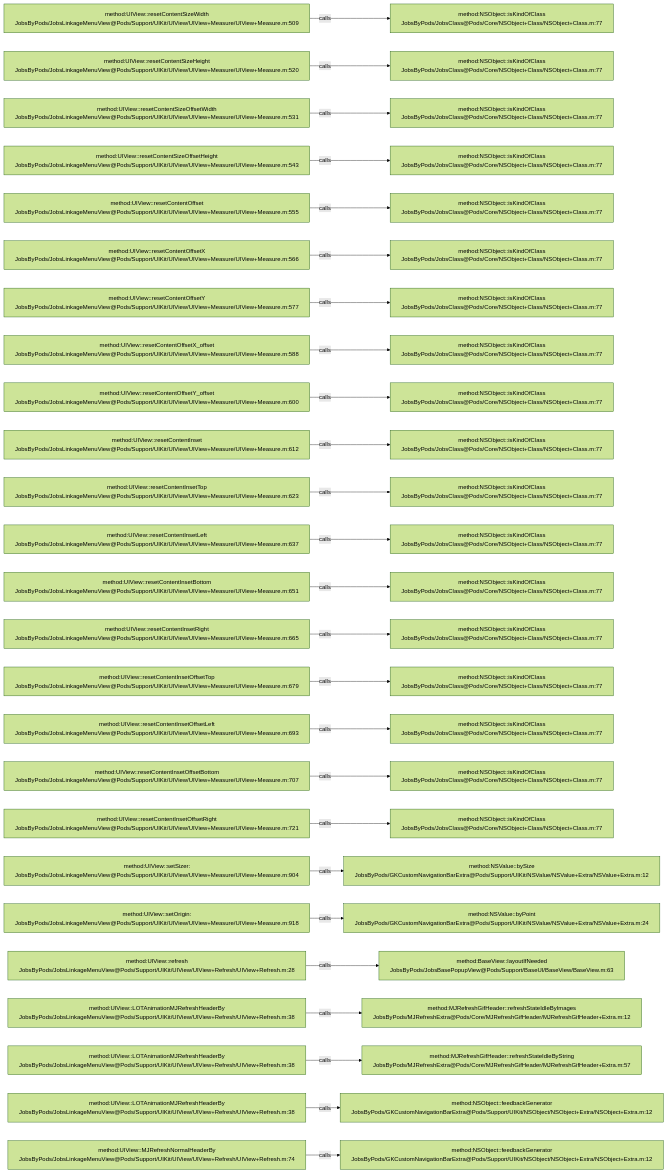
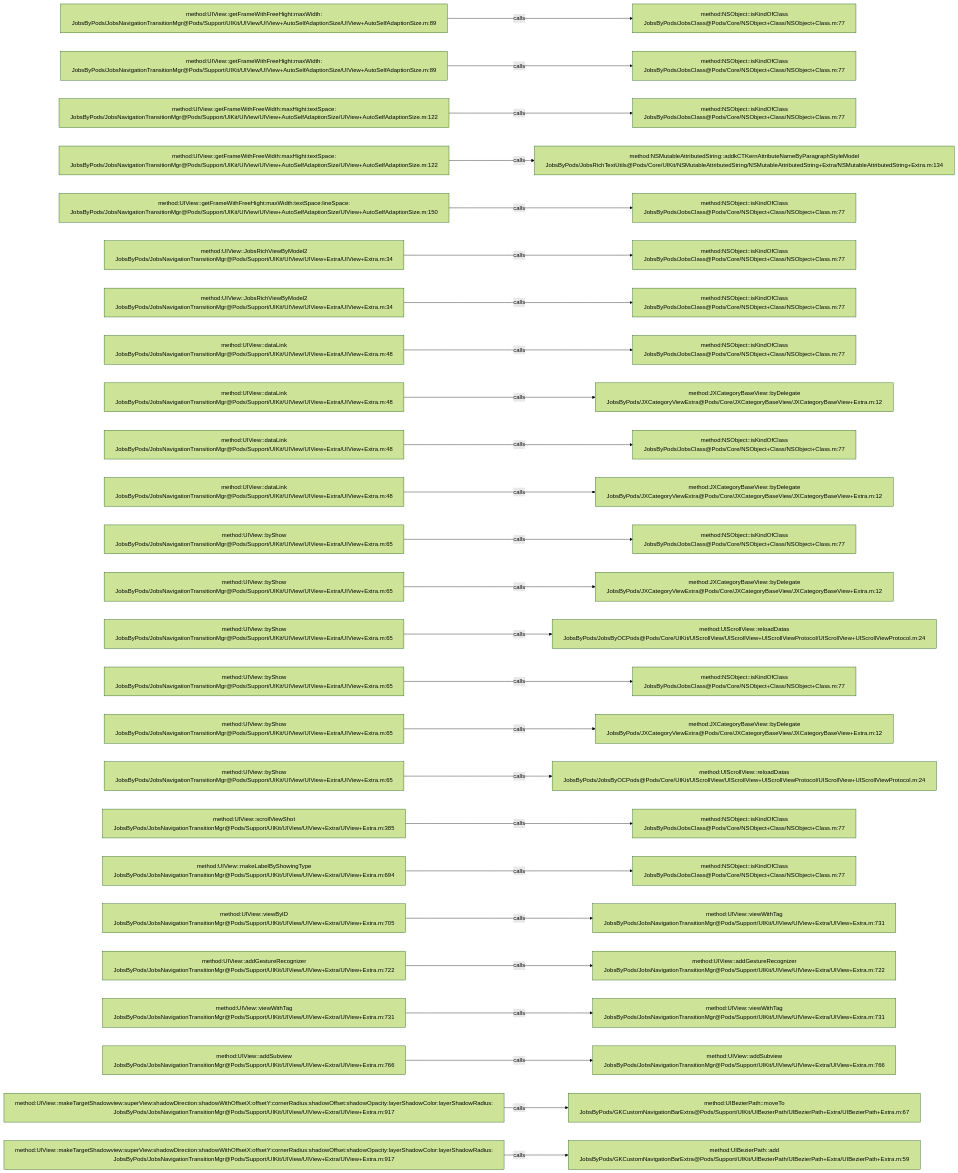
One commit to JobsKits/JobsOCBaseConfigDemo changed the diagram in .codegraph/codegraph.md/graphs/calls-137.md. Above: the diagram before and after it, drawn with Mermaid (forest theme). The commit also changed 1026 other files, not shown here.

````diff
--- a/.codegraph/codegraph.md/graphs/calls-137.md
+++ b/.codegraph/codegraph.md/graphs/calls-137.md
@@ -13,78 +13,78 @@
 ```mermaid
 flowchart LR
-  S1["method:UIView::resetContentSizeWidth<br/>JobsByPods/JobsLinkageMenuView@Pods/Support/UIKit/UIView/UIView+Measure/UIView+Measure.m:509"]
+  S1["method:UIView::getFrameWithFreeHight:maxWidth:<br/>JobsByPods/JobsNavigationTransitionMgr@Pods/Support/UIKit/UIView/UIView+AutoSelfAdaptionSize/UIView+AutoSelfAdaptionSize.m:89"]
   T1["method:NSObject::isKindOfClass<br/>JobsByPods/JobsClass@Pods/Core/NSObject+Class/NSObject+Class.m:77"]
   S1 -->|calls| T1
-  S2["method:UIView::resetContentSizeHeight<br/>JobsByPods/JobsLinkageMenuView@Pods/Support/UIKit/UIView/UIView+Measure/UIView+Measure.m:520"]
+  S2["method:UIView::getFrameWithFreeHight:maxWidth:<br/>JobsByPods/JobsNavigationTransitionMgr@Pods/Support/UIKit/UIView/UIView+AutoSelfAdaptionSize/UIView+AutoSelfAdaptionSize.m:89"]
   T2["method:NSObject::isKindOfClass<br/>JobsByPods/JobsClass@Pods/Core/NSObject+Class/NSObject+Class.m:77"]
   S2 -->|calls| T2
-  S3["method:UIView::resetContentSizeOffsetWidth<br/>JobsByPods/JobsLinkageMenuView@Pods/Support/UIKit/UIView/UIView+Measure/UIView+Measure.m:531"]
+  S3["method:UIView::getFrameWithFreeWidth:maxHight:textSpace:<br/>JobsByPods/JobsNavigationTransitionMgr@Pods/Support/UIKit/UIView/UIView+AutoSelfAdaptionSize/UIView+AutoSelfAdaptionSize.m:122"]
   T3["method:NSObject::isKindOfClass<br/>JobsByPods/JobsClass@Pods/Core/NSObject+Class/NSObject+Class.m:77"]
   S3 -->|calls| T3
-  S4["method:UIView::resetContentSizeOffsetHeight<br/>JobsByPods/JobsLinkageMenuView@Pods/Support/UIKit/UIView/UIView+Measure/UIView+Measure.m:543"]
-  T4["method:NSObject::isKindOfClass<br/>JobsByPods/JobsClass@Pods/Core/NSObject+Class/NSObject+Class.m:77"]
+  S4["method:UIView::getFrameWithFreeWidth:maxHight:textSpace:<br/>JobsByPods/JobsNavigationTransitionMgr@Pods/Support/UIKit/UIView/UIView+AutoSelfAdaptionSize/UIView+AutoSelfAdaptionSize.m:122"]
+  T4["method:NSMutableAttributedString::addkCTKernAttributeNameByParagraphStyleModel<br/>JobsByPods/JobsRichTextUtils@Pods/Core/UIKit/NSMutableAttributedString/NSMutableAttributedString+Extra/NSMutableAttributedString+Extra.m:134"]
   S4 -->|calls| T4
-  S5["method:UIView::resetContentOffset<br/>JobsByPods/JobsLinkageMenuView@Pods/Support/UIKit/UIView/UIView+Measure/UIView+Measure.m:555"]
+  S5["method:UIView::getFrameWithFreeHight:maxWidth:textSpace:lineSpace:<br/>JobsByPods/JobsNavigationTransitionMgr@Pods/Support/UIKit/UIView/UIView+AutoSelfAdaptionSize/UIView+AutoSelfAdaptionSize.m:150"]
   T5["method:NSObject::isKindOfClass<br/>JobsByPods/JobsClass@Pods/Core/NSObject+Class/NSObject+Class.m:77"]
   S5 -->|calls| T5
-  S6["method:UIView::resetContentOffsetX<br/>JobsByPods/JobsLinkageMenuView@Pods/Support/UIKit/UIView/UIView+Measure/UIView+Measure.m:566"]
+  S6["method:UIView::JobsRichViewByModel2<br/>JobsByPods/JobsNavigationTransitionMgr@Pods/Support/UIKit/UIView/UIView+Extra/UIView+Extra.m:34"]
   T6["method:NSObject::isKindOfClass<br/>JobsByPods/JobsClass@Pods/Core/NSObject+Class/NSObject+Class.m:77"]
   S6 -->|calls| T6
-  S7["method:UIView::resetContentOffsetY<br/>JobsByPods/JobsLinkageMenuView@Pods/Support/UIKit/UIView/UIView+Measure/UIView+Measure.m:577"]
+  S7["method:UIView::JobsRichViewByModel2<br/>JobsByPods/JobsNavigationTransitionMgr@Pods/Support/UIKit/UIView/UIView+Extra/UIView+Extra.m:34"]
   T7["method:NSObject::isKindOfClass<br/>JobsByPods/JobsClass@Pods/Core/NSObject+Class/NSObject+Class.m:77"]
   S7 -->|calls| T7
-  S8["method:UIView::resetContentOffsetX_offset<br/>JobsByPods/JobsLinkageMenuView@Pods/Support/UIKit/UIView/UIView+Measure/UIView+Measure.m:588"]
+  S8["method:UIView::dataLink<br/>JobsByPods/JobsNavigationTransitionMgr@Pods/Support/UIKit/UIView/UIView+Extra/UIView+Extra.m:48"]
   T8["method:NSObject::isKindOfClass<br/>JobsByPods/JobsClass@Pods/Core/NSObject+Class/NSObject+Class.m:77"]
   S8 -->|calls| T8
-  S9["method:UIView::resetContentOffsetY_offset<br/>JobsByPods/JobsLinkageMenuView@Pods/Support/UIKit/UIView/UIView+Measure/UIView+Measure.m:600"]
-  T9["method:NSObject::isKindOfClass<br/>JobsByPods/JobsClass@Pods/Core/NSObject+Class/NSObject+Class.m:77"]
+  S9["method:UIView::dataLink<br/>JobsByPods/JobsNavigationTransitionMgr@Pods/Support/UIKit/UIView/UIView+Extra/UIView+Extra.m:48"]
+  T9["method:JXCategoryBaseView::byDelegate<br/>JobsByPods/JXCategoryViewExtra@Pods/Core/JXCategoryBaseView/JXCategoryBaseView+Extra.m:12"]
   S9 -->|calls| T9
-  S10["method:UIView::resetContentInset<br/>JobsByPods/JobsLinkageMenuView@Pods/Support/UIKit/UIView/UIView+Measure/UIView+Measure.m:612"]
+  S10["method:UIView::dataLink<br/>JobsByPods/JobsNavigationTransitionMgr@Pods/Support/UIKit/UIView/UIView+Extra/UIView+Extra.m:48"]
   T10["method:NSObject::isKindOfClass<br/>JobsByPods/JobsClass@Pods/Core/NSObject+Class/NSObject+Class.m:77"]
   S10 -->|calls| T10
-  S11["method:UIView::resetContentInsetTop<br/>JobsByPods/JobsLinkageMenuView@Pods/Support/UIKit/UIView/UIView+Measure/UIView+Measure.m:623"]
-  T11["method:NSObject::isKindOfClass<br/>JobsByPods/JobsClass@Pods/Core/NSObject+Class/NSObject+Class.m:77"]
+  S11["method:UIView::dataLink<br/>JobsByPods/JobsNavigationTransitionMgr@Pods/Support/UIKit/UIView/UIView+Extra/UIView+Extra.m:48"]
+  T11["method:JXCategoryBaseView::byDelegate<br/>JobsByPods/JXCategoryViewExtra@Pods/Core/JXCategoryBaseView/JXCategoryBaseView+Extra.m:12"]
   S11 -->|calls| T11
-  S12["method:UIView::resetContentInsetLeft<br/>JobsByPods/JobsLinkageMenuView@Pods/Support/UIKit/UIView/UIView+Measure/UIView+Measure.m:637"]
+  S12["method:UIView::byShow<br/>JobsByPods/JobsNavigationTransitionMgr@Pods/Support/UIKit/UIView/UIView+Extra/UIView+Extra.m:65"]
   T12["method:NSObject::isKindOfClass<br/>JobsByPods/JobsClass@Pods/Core/NSObject+Class/NSObject+Class.m:77"]
   S12 -->|calls| T12
-  S13["method:UIView::resetContentInsetBottom<br/>JobsByPods/JobsLinkageMenuView@Pods/Support/UIKit/UIView/UIView+Measure/UIView+Measure.m:651"]
-  T13["method:NSObject::isKindOfClass<br/>JobsByPods/JobsClass@Pods/Core/NSObject+Class/NSObject+Class.m:77"]
+  S13["method:UIView::byShow<br/>JobsByPods/JobsNavigationTransitionMgr@Pods/Support/UIKit/UIView/UIView+Extra/UIView+Extra.m:65"]
+  T13["method:JXCategoryBaseView::byDelegate<br/>JobsByPods/JXCategoryViewExtra@Pods/Core/JXCategoryBaseView/JXCategoryBaseView+Extra.m:12"]
   S13 -->|calls| T13
-  S14["method:UIView::resetContentInsetRight<br/>JobsByPods/JobsLinkageMenuView@Pods/Support/UIKit/UIView/UIView+Measure/UIView+Measure.m:665"]
-  T14["method:NSObject::isKindOfClass<br/>JobsByPods/JobsClass@Pods/Core/NSObject+Class/NSObject+Class.m:77"]
+  S14["method:UIView::byShow<br/>JobsByPods/JobsNavigationTransitionMgr@Pods/Support/UIKit/UIView/UIView+Extra/UIView+Extra.m:65"]
+  T14["method:UIScrollView::reloadDatas<br/>JobsByPods/JobsByOCPods@Pods/Core/UIKit/UIScrollView/UIScrollView+UIScrollViewProtocol/UIScrollView+UIScrollViewProtocol.m:24"]
   S14 -->|calls| T14
-  S15["method:UIView::resetContentInsetOffsetTop<br/>JobsByPods/JobsLinkageMenuView@Pods/Support/UIKit/UIView/UIView+Measure/UIView+Measure.m:679"]
+  S15["method:UIView::byShow<br/>JobsByPods/JobsNavigationTransitionMgr@Pods/Support/UIKit/UIView/UIView+Extra/UIView+Extra.m:65"]
   T15["method:NSObject::isKindOfClass<br/>JobsByPods/JobsClass@Pods/Core/NSObject+Class/NSObject+Class.m:77"]
   S15 -->|calls| T15
-  S16["method:UIView::resetContentInsetOffsetLeft<br/>JobsByPods/JobsLinkageMenuView@Pods/Support/UIKit/UIView/UIView+Measure/UIView+Measure.m:693"]
-  T16["method:NSObject::isKindOfClass<br/>JobsByPods/JobsClass@Pods/Core/NSObject+Class/NSObject+Class.m:77"]
+  S16["method:UIView::byShow<br/>JobsByPods/JobsNavigationTransitionMgr@Pods/Support/UIKit/UIView/UIView+Extra/UIView+Extra.m:65"]
+  T16["method:JXCategoryBaseView::byDelegate<br/>JobsByPods/JXCategoryViewExtra@Pods/Core/JXCategoryBaseView/JXCategoryBaseView+Extra.m:12"]
   S16 -->|calls| T16
-  S17["method:UIView::resetContentInsetOffsetBottom<br/>JobsByPods/JobsLinkageMenuView@Pods/Support/UIKit/UIView/UIView+Measure/UIView+Measure.m:707"]
-  T17["method:NSObject::isKindOfClass<br/>JobsByPods/JobsClass@Pods/Core/NSObject+Class/NSObject+Class.m:77"]
+  S17["method:UIView::byShow<br/>JobsByPods/JobsNavigationTransitionMgr@Pods/Support/UIKit/UIView/UIView+Extra/UIView+Extra.m:65"]
+  T17["method:UIScrollView::reloadDatas<br/>JobsByPods/JobsByOCPods@Pods/Core/UIKit/UIScrollView/UIScrollView+UIScrollViewProtocol/UIScrollView+UIScrollViewProtocol.m:24"]
   S17 -->|calls| T17
-  S18["method:UIView::resetContentInsetOffsetRight<br/>JobsByPods/JobsLinkageMenuView@Pods/Support/UIKit/UIView/UIView+Measure/UIView+Measure.m:721"]
+  S18["method:UIView::scrollViewShot<br/>JobsByPods/JobsNavigationTransitionMgr@Pods/Support/UIKit/UIView/UIView+Extra/UIView+Extra.m:385"]
   T18["method:NSObject::isKindOfClass<br/>JobsByPods/JobsClass@Pods/Core/NSObject+Class/NSObject+Class.m:77"]
   S18 -->|calls| T18
-  S19["method:UIView::setSizer:<br/>JobsByPods/JobsLinkageMenuView@Pods/Support/UIKit/UIView/UIView+Measure/UIView+Measure.m:904"]
-  T19["method:NSValue::bySize<br/>JobsByPods/GKCustomNavigationBarExtra@Pods/Support/UIKit/NSValue/NSValue+Extra/NSValue+Extra.m:12"]
+  S19["method:UIView::makeLabelByShowingType<br/>JobsByPods/JobsNavigationTransitionMgr@Pods/Support/UIKit/UIView/UIView+Extra/UIView+Extra.m:694"]
+  T19["method:NSObject::isKindOfClass<br/>JobsByPods/JobsClass@Pods/Core/NSObject+Class/NSObject+Class.m:77"]
   S19 -->|calls| T19
-  S20["method:UIView::setOrigin:<br/>JobsByPods/JobsLinkageMenuView@Pods/Support/UIKit/UIView/UIView+Measure/UIView+Measure.m:918"]
-  T20["method:NSValue::byPoint<br/>JobsByPods/GKCustomNavigationBarExtra@Pods/Support/UIKit/NSValue/NSValue+Extra/NSValue+Extra.m:24"]
+  S20["method:UIView::viewByID<br/>JobsByPods/JobsNavigationTransitionMgr@Pods/Support/UIKit/UIView/UIView+Extra/UIView+Extra.m:705"]
+  T20["method:UIView::viewWithTag<br/>JobsByPods/JobsNavigationTransitionMgr@Pods/Support/UIKit/UIView/UIView+Extra/UIView+Extra.m:731"]
   S20 -->|calls| T20
-  S21["method:UIView::refresh<br/>JobsByPods/JobsLinkageMenuView@Pods/Support/UIKit/UIView/UIView+Refresh/UIView+Refresh.m:28"]
-  T21["method:BaseView::layoutIfNeeded<br/>JobsByPods/JobsBasePopupView@Pods/Support/BaseUI/BaseView/BaseView.m:63"]
+  S21["method:UIView::addGestureRecognizer<br/>JobsByPods/JobsNavigationTransitionMgr@Pods/Support/UIKit/UIView/UIView+Extra/UIView+Extra.m:722"]
+  T21["method:UIView::addGestureRecognizer<br/>JobsByPods/JobsNavigationTransitionMgr@Pods/Support/UIKit/UIView/UIView+Extra/UIView+Extra.m:722"]
   S21 -->|calls| T21
-  S22["method:UIView::LOTAnimationMJRefreshHeaderBy<br/>JobsByPods/JobsLinkageMenuView@Pods/Support/UIKit/UIView/UIView+Refresh/UIView+Refresh.m:38"]
-  T22["method:MJRefreshGifHeader::refreshStateIdleByImages<br/>JobsByPods/MJRefreshExtra@Pods/Core/MJRefreshGifHeader/MJRefreshGifHeader+Extra.m:12"]
+  S22["method:UIView::viewWithTag<br/>JobsByPods/JobsNavigationTransitionMgr@Pods/Support/UIKit/UIView/UIView+Extra/UIView+Extra.m:731"]
+  T22["method:UIView::viewWithTag<br/>JobsByPods/JobsNavigationTransitionMgr@Pods/Support/UIKit/UIView/UIView+Extra/UIView+Extra.m:731"]
   S22 -->|calls| T22
-  S23["method:UIView::LOTAnimationMJRefreshHeaderBy<br/>JobsByPods/JobsLinkageMenuView@Pods/Support/UIKit/UIView/UIView+Refresh/UIView+Refresh.m:38"]
-  T23["method:MJRefreshGifHeader::refreshStateIdleByString<br/>JobsByPods/MJRefreshExtra@Pods/Core/MJRefreshGifHeader/MJRefreshGifHeader+Extra.m:57"]
+  S23["method:UIView::addSubview<br/>JobsByPods/JobsNavigationTransitionMgr@Pods/Support/UIKit/UIView/UIView+Extra/UIView+Extra.m:766"]
+  T23["method:UIView::addSubview<br/>JobsByPods/JobsNavigationTransitionMgr@Pods/Support/UIKit/UIView/UIView+Extra/UIView+Extra.m:766"]
   S23 -->|calls| T23
-  S24["method:UIView::LOTAnimationMJRefreshHeaderBy<br/>JobsByPods/JobsLinkageMenuView@Pods/Support/UIKit/UIView/UIView+Refresh/UIView+Refresh.m:38"]
-  T24["method:NSObject::feedbackGenerator<br/>JobsByPods/GKCustomNavigationBarExtra@Pods/Support/UIKit/NSObject/NSObject+Extra/NSObject+Extra.m:12"]
+  S24["method:UIView::makeTargetShadowview:superView:shadowDirection:shadowWithOffsetX:offsetY:cornerRadius:shadowOffset:shadowOpacity:layerShadowColor:layerShadowRadius:<br/>JobsByPods/JobsNavigationTransitionMgr@Pods/Support/UIKit/UIView/UIView+Extra/UIView+Extra.m:917"]
+  T24["method:UIBezierPath::moveTo<br/>JobsByPods/GKCustomNavigationBarExtra@Pods/Support/UIKit/UIBezierPath/UIBezierPath+Extra/UIBezierPath+Extra.m:67"]
   S24 -->|calls| T24
-  S25["method:UIView::MJRefreshNormalHeaderBy<br/>JobsByPods/JobsLinkageMenuView@Pods/Support/UIKit/UIView/UIView+Refresh/UIView+Refresh.m:74"]
-  T25["method:NSObject::feedbackGenerator<br/>JobsByPods/GKCustomNavigationBarExtra@Pods/Support/UIKit/NSObject/NSObject+Extra/NSObject+Extra.m:12"]
+  S25["method:UIView::makeTargetShadowview:superView:shadowDirection:shadowWithOffsetX:offsetY:cornerRadius:shadowOffset:shadowOpacity:layerShadowColor:layerShadowRadius:<br/>JobsByPods/JobsNavigationTransitionMgr@Pods/Support/UIKit/UIView/UIView+Extra/UIView+Extra.m:917"]
+  T25["method:UIBezierPath::add<br/>JobsByPods/GKCustomNavigationBarExtra@Pods/Support/UIKit/UIBezierPath/UIBezierPath+Extra/UIBezierPath+Extra.m:59"]
   S25 -->|calls| T25
 ```
````
